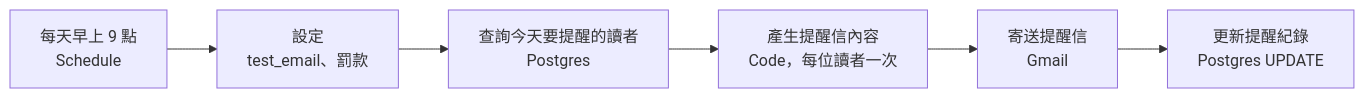
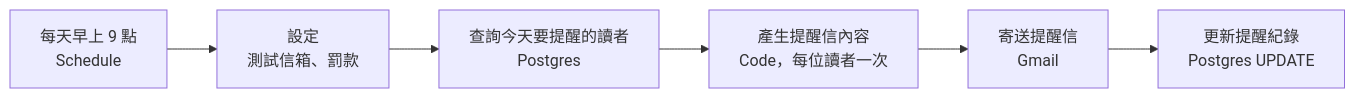
The second of 2 diagrams in 雲端資料庫整合/03_圖書館逾期還書提醒/README.md (roberthsu2003/n8n), drawn with Mermaid before and after one commit. The commit also changed other lines of this file and 24 other files, not shown here.

````diff
--- a/雲端資料庫整合/03_圖書館逾期還書提醒/README.md
+++ b/雲端資料庫整合/03_圖書館逾期還書提醒/README.md
@@ -44,8 +50,8 @@
 ```mermaid
 graph LR
-    A[每天早上 9 點<br/>Schedule] --> B[設定<br/>test_email、罰款]
+    A[每天早上 9 點<br/>Schedule] --> B[設定<br/>測試信箱、罰款]
     B --> C[查詢今天要提醒的讀者<br/>Postgres]
     C --> D[產生提醒信內容<br/>Code，每位讀者一次]
     D --> E[寄送提醒信<br/>Gmail]
     E --> F[更新提醒紀錄<br/>Postgres UPDATE]
 ```
````
